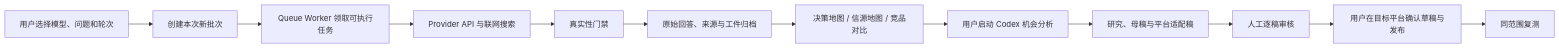
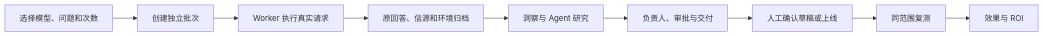
Before and after one commit to ismailaolveira-crypto/answerreach-geo: the diagram in README.md, drawn with Mermaid. The commit also changed other lines of this file and 1 other file, not shown here.

````diff
--- a/README.md
+++ b/README.md
@@ -114,14 +70,11 @@
 ```mermaid
 flowchart LR
-    A["用户选择模型、问题和轮次"] --> B["创建本次新批次"]
-    B --> C["Queue Worker 领取可执行任务"]
-    C --> D["Provider API 与联网搜索"]
-    D --> E["真实性门禁"]
-    E --> F["原始回答、来源与工件归档"]
-    F --> G["决策地图 / 信源地图 / 竞品对比"]
-    G --> H["用户启动 Codex 机会分析"]
-    H --> I["研究、母稿与平台适配稿"]
-    I --> J["人工逐稿审核"]
-    J --> K["用户在目标平台确认草稿与发布"]
-    K --> L["同范围复测"]
+    A["选择模型、问题和次数"] --> B["创建独立批次"]
+    B --> C["Worker 执行真实请求"]
+    C --> D["原回答、信源和环境归档"]
+    D --> E["洞察与 Agent 研究"]
+    E --> F["负责人、审批与交付"]
+    F --> G["人工确认草稿或上线"]
+    G --> H["同范围复测"]
+    H --> I["效果与 ROI"]
 ```
````
